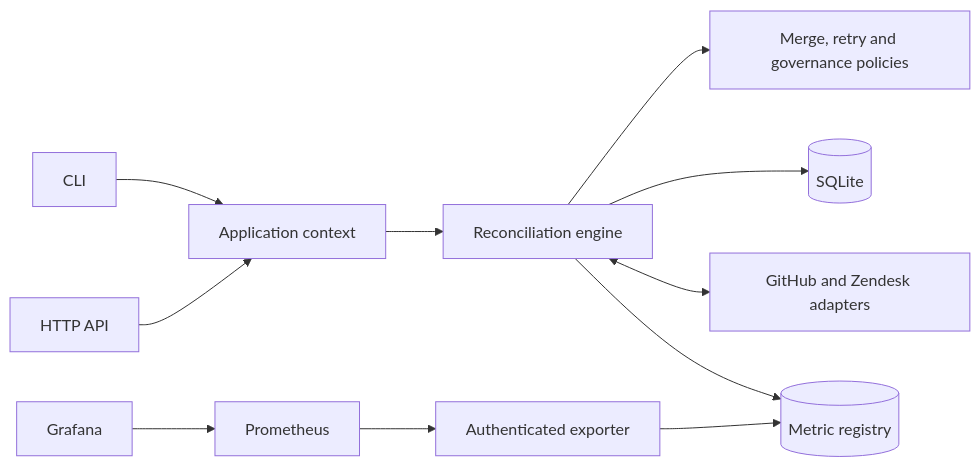
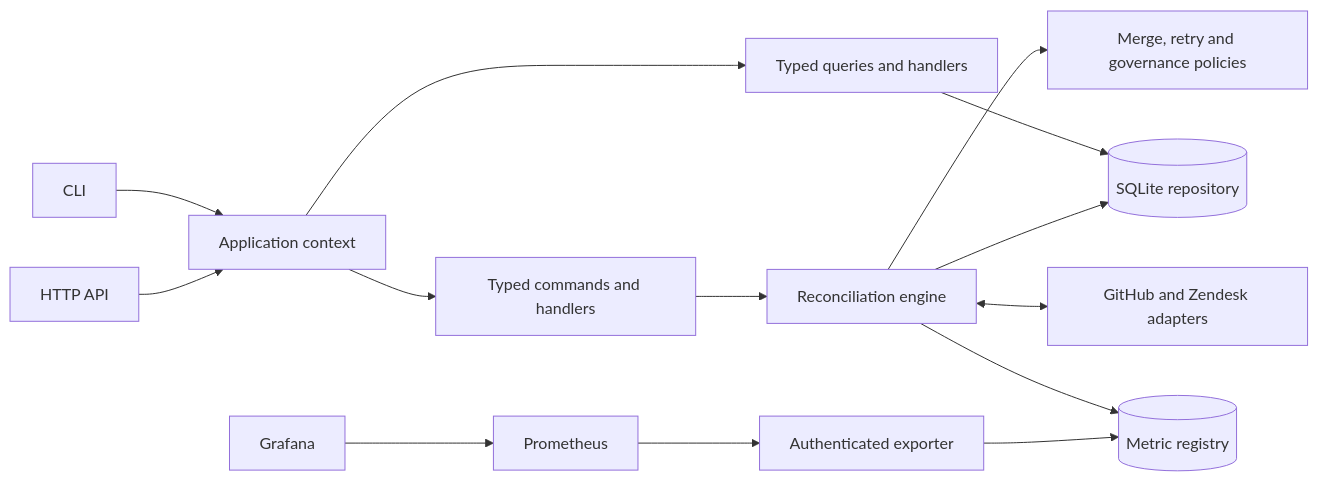
Before and after one commit to AlbertFlorescu/support-bridge: the diagram in README.md, drawn with Mermaid. The commit also changed other lines of this file and 119 other files, not shown here.

````diff
--- a/README.md
+++ b/README.md
@@ -98,13 +109,16 @@
 ```mermaid
 flowchart LR
     CLI[CLI] --> Context[Application context]
     API[HTTP API] --> Context
-    Context --> Engine[Reconciliation engine]
+    Context --> Commands[Typed commands and handlers]
+    Context --> Queries[Typed queries and handlers]
+    Commands --> Engine[Reconciliation engine]
+    Queries --> Store[(SQLite repository)]
     Engine --> Policies[Merge, retry and governance policies]
-    Engine --> Store[(SQLite)]
+    Engine --> Store
     Engine <--> Providers[GitHub and Zendesk adapters]
     Engine --> Metrics[(Metric registry)]
     Prometheus --> Exporter[Authenticated exporter]
     Exporter --> Metrics
     Grafana --> Prometheus
 ```
````
